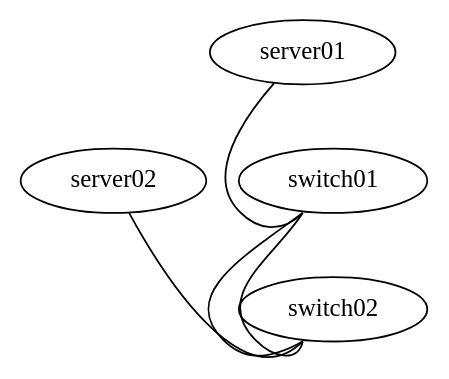
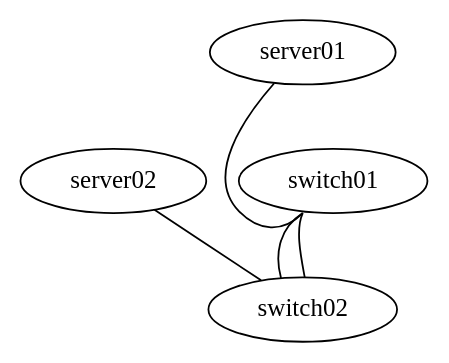
One commit to chronot1995/cumulus-arista-evpn-interop changed the diagram in vx-simulation/int-ansible-training-vxlan-j2-2servers.dot. Above: the diagram before and after it, drawn with Graphviz. The commit also changed 3 other files, not shown here.

```diff
--- a/vx-simulation/int-ansible-training-vxlan-j2-2servers.dot
+++ b/vx-simulation/int-ansible-training-vxlan-j2-2servers.dot
@@ -1,13 +1,13 @@
 graph training {
- "switch01" [function="leaf" os="CumulusCommunity/cumulus-vx" version="3.5.3" memory="768" config="./helper_scripts/extra_switch_config.sh" mgmt_ip="192.168.200.1"]
- "switch02" [function="leaf" os="CumulusCommunity/cumulus-vx" version="3.5.3" memory="768" config="./helper_scripts/extra_switch_config.sh" mgmt_ip="192.168.200.2"]
+ "switch01" [function="leaf" os="CumulusCommunity/cumulus-vx" version="3.7.6" memory="768" config="./helper_scripts/extra_switch_config.sh" mgmt_ip="192.168.200.1"]
+ "switch02" [function="leaf" os="arista-veos" version="4.21.1.1F" memory="2048" config="./helper_scripts/leaf02-config.sh" ]
  "server01" [function="host" os="yk0/ubuntu-xenial" memory="512" config="./helper_scripts/extra_server_config.sh" mgmt_ip="192.168.200.11"]
  "server02" [function="host" os="yk0/ubuntu-xenial" memory="512" config="./helper_scripts/extra_server_config.sh" mgmt_ip="192.168.200.12"]
 
 
- "switch01":"swp1" -- "switch02":"swp1"
- "switch01":"swp2" -- "switch02":"swp2"
+ "switch01":"swp1" -- "switch02":"Ethernet3"
+ "switch01":"swp2" -- "switch02":"Ethernet4"
  "server01":"eth1" -- "switch01":"swp10"
- "server02":"eth1" -- "switch02":"swp10"
+ "server02":"eth1" -- "switch02":"Ethernet2"
 
  }
```
